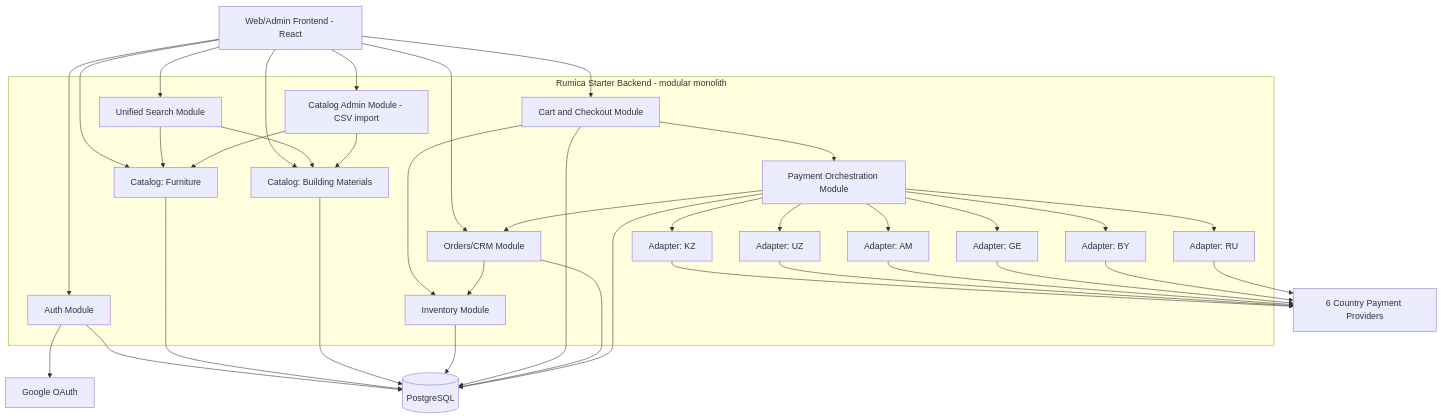
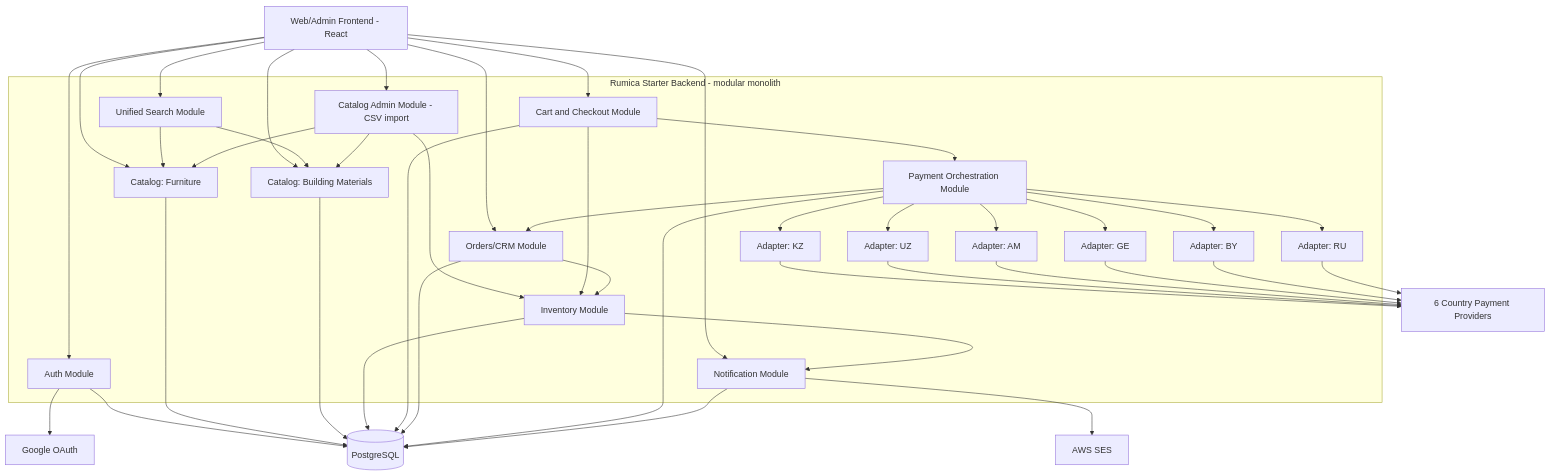
One commit to DzmitryKamashkaInt/business_analysys_pipeline changed the second of 11 diagrams in projects/rumica-starter/ready-for-evaluation/architecture-specification.md. Above: the diagram before and after it, drawn with Mermaid. The commit also changed other lines of this file and 1 other file, not shown here.

Commit message:
rumica-starter: ready for evaluation round 4 (restock notification feature)

````diff
--- a/projects/rumica-starter/ready-for-evaluation/architecture-specification.md
+++ b/projects/rumica-starter/ready-for-evaluation/architecture-specification.md
@@ -53,64 +56,71 @@
 ```mermaid
 graph TD
     FE[Web/Admin Frontend - React]
 
     subgraph Backend[Rumica Starter Backend - modular monolith]
         Auth[Auth Module]
         FurnCat[Catalog: Furniture]
         BMCat[Catalog: Building Materials]
         Search[Unified Search Module]
         CatAdmin[Catalog Admin Module - CSV import]
         Inventory[Inventory Module]
         Cart[Cart and Checkout Module]
         Orders[Orders/CRM Module]
         PayOrch[Payment Orchestration Module]
+        Notif[Notification Module]
         AdapterKZ[Adapter: KZ]
         AdapterUZ[Adapter: UZ]
         AdapterAM[Adapter: AM]
         AdapterGE[Adapter: GE]
         AdapterBY[Adapter: BY]
         AdapterRU[Adapter: RU]
     end
 
     DB[(PostgreSQL)]
     GoogleExt[Google OAuth]
     Providers[6 Country Payment Providers]
+    SESExt[AWS SES]
 
     FE --> Auth
     FE --> FurnCat
     FE --> BMCat
     FE --> Search
     FE --> CatAdmin
     FE --> Cart
     FE --> Orders
+    FE --> Notif
 
     Auth --> GoogleExt
     Search --> FurnCat
     Search --> BMCat
     CatAdmin --> FurnCat
     CatAdmin --> BMCat
+    CatAdmin --> Inventory
     Cart --> Inventory
     Cart --> PayOrch
     PayOrch --> AdapterKZ
     PayOrch --> AdapterUZ
     PayOrch --> AdapterAM
     PayOrch --> AdapterGE
     PayOrch --> AdapterBY
     PayOrch --> AdapterRU
     AdapterKZ --> Providers
     AdapterUZ --> Providers
     AdapterAM --> Providers
     AdapterGE --> Providers
     AdapterBY --> Providers
     AdapterRU --> Providers
     PayOrch --> Orders
     Orders --> Inventory
+    Inventory --> Notif
+    Notif --> SESExt
 
     Auth --> DB
     FurnCat --> DB
     BMCat --> DB
     Inventory --> DB
     Cart --> DB
     Orders --> DB
     PayOrch --> DB
+    Notif --> DB
 ```
````
